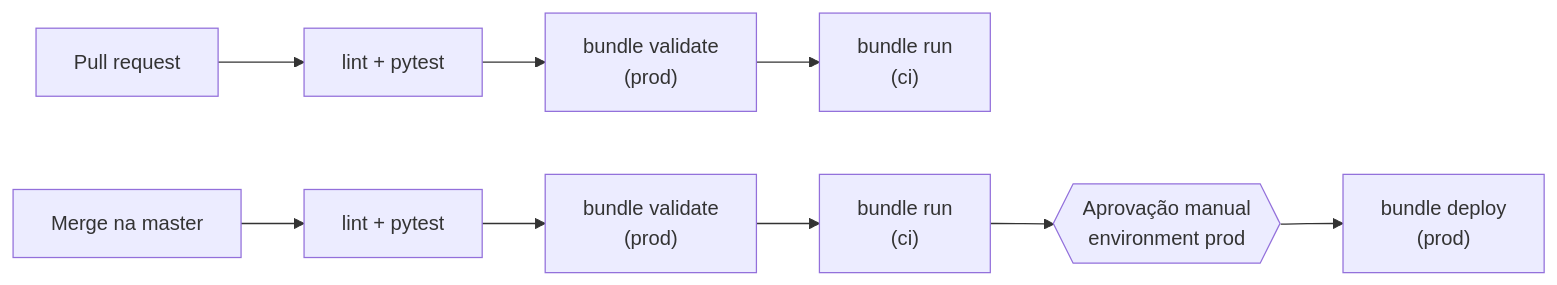
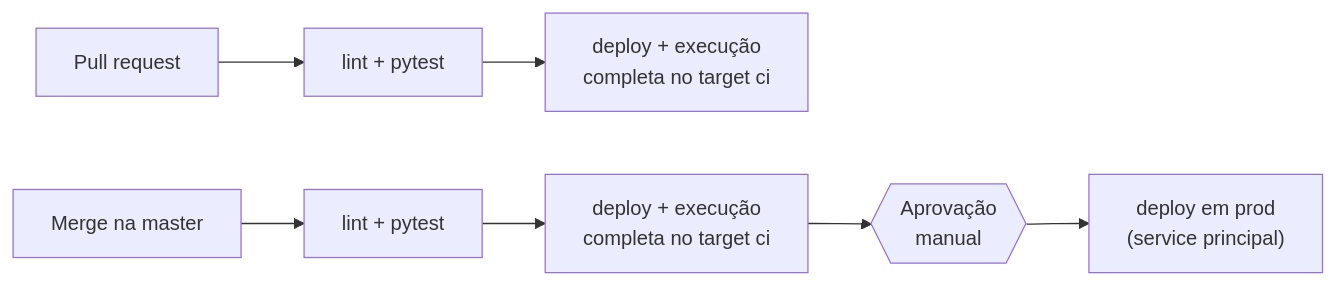
Before and after one commit to altamiropedrosa/databricks_claude_code_bakehouse: the second of 2 diagrams in README.md, drawn with Mermaid. The commit also changed other lines of this file and 10 other files, not shown here.

````diff
--- a/README.md
+++ b/README.md
@@ -254,5 +119,5 @@
 ```mermaid
 flowchart LR
-    pr["Pull request"] --> test["lint + pytest"] --> validate["bundle validate<br/>(prod)"] --> ci["bundle run<br/>(ci)"]
-    merge["Merge na master"] --> test2["lint + pytest"] --> validate2["bundle validate<br/>(prod)"] --> ci2["bundle run<br/>(ci)"] --> approve{{"Aprovação manual<br/>environment prod"}} --> deploy["bundle deploy<br/>(prod)"]
+    pr["Pull request"] --> test["lint + pytest"] --> ci["deploy + execução<br/>completa no target ci"]
+    merge["Merge na master"] --> test2["lint + pytest"] --> ci2["deploy + execução<br/>completa no target ci"] --> approve{{"Aprovação<br/>manual"}} --> deploy["deploy em prod<br/>(service principal)"]
 ```
````
